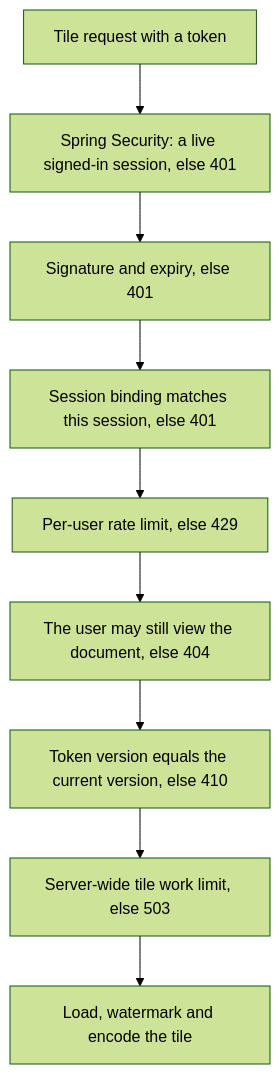
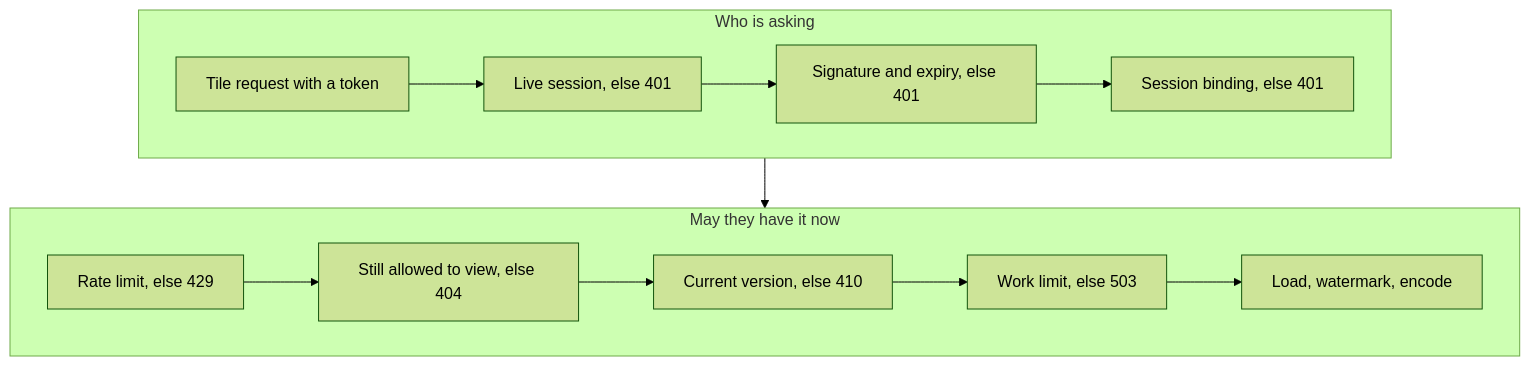
The third of 3 diagrams in book/part-2-backend/17-files-images-pdfs-signatures.md (Sriram-Codes-SW/secure-doc-viewer), drawn with Mermaid (forest theme) before and after one commit. The commit also changed other lines of this file and 59 other files, not shown here.

Commit message:
Book: round 2 fixes (Ch 40/41 trim and Figure 41.5, wide diagrams, glossary bolding, star labels, EPUB metadata, contrast theme)

````diff
--- a/book/part-2-backend/17-files-images-pdfs-signatures.md
+++ b/book/part-2-backend/17-files-images-pdfs-signatures.md
@@ -476,11 +482,17 @@
 ```mermaid
 flowchart TB
-    Q["Tile request with a token"] --> A0["Spring Security: a live signed-in session, else 401"]
-    A0 --> A1["Signature and expiry, else 401"]
-    A1 --> A2["Session binding matches this session, else 401"]
-    A2 --> A3["Per-user rate limit, else 429"]
-    A3 --> A4["The user may still view the document, else 404"]
-    A4 --> A5["Token version equals the current version, else 410"]
-    A5 --> A6["Server-wide tile work limit, else 503"]
-    A6 --> A7["Load, watermark and encode the tile"]
+    subgraph ROW1["Who is asking"]
+        direction LR
+        Q["Tile request with a token"] --> A0["Live session, else 401"]
+        A0 --> A1["Signature and expiry, else 401"]
+        A1 --> A2["Session binding, else 401"]
+    end
+    subgraph ROW2["May they have it now"]
+        direction LR
+        A3["Rate limit, else 429"] --> A4["Still allowed to view, else 404"]
+        A4 --> A5["Current version, else 410"]
+        A5 --> A6["Work limit, else 503"]
+        A6 --> A7["Load, watermark, encode"]
+    end
+    ROW1 --> ROW2
 ```
````
